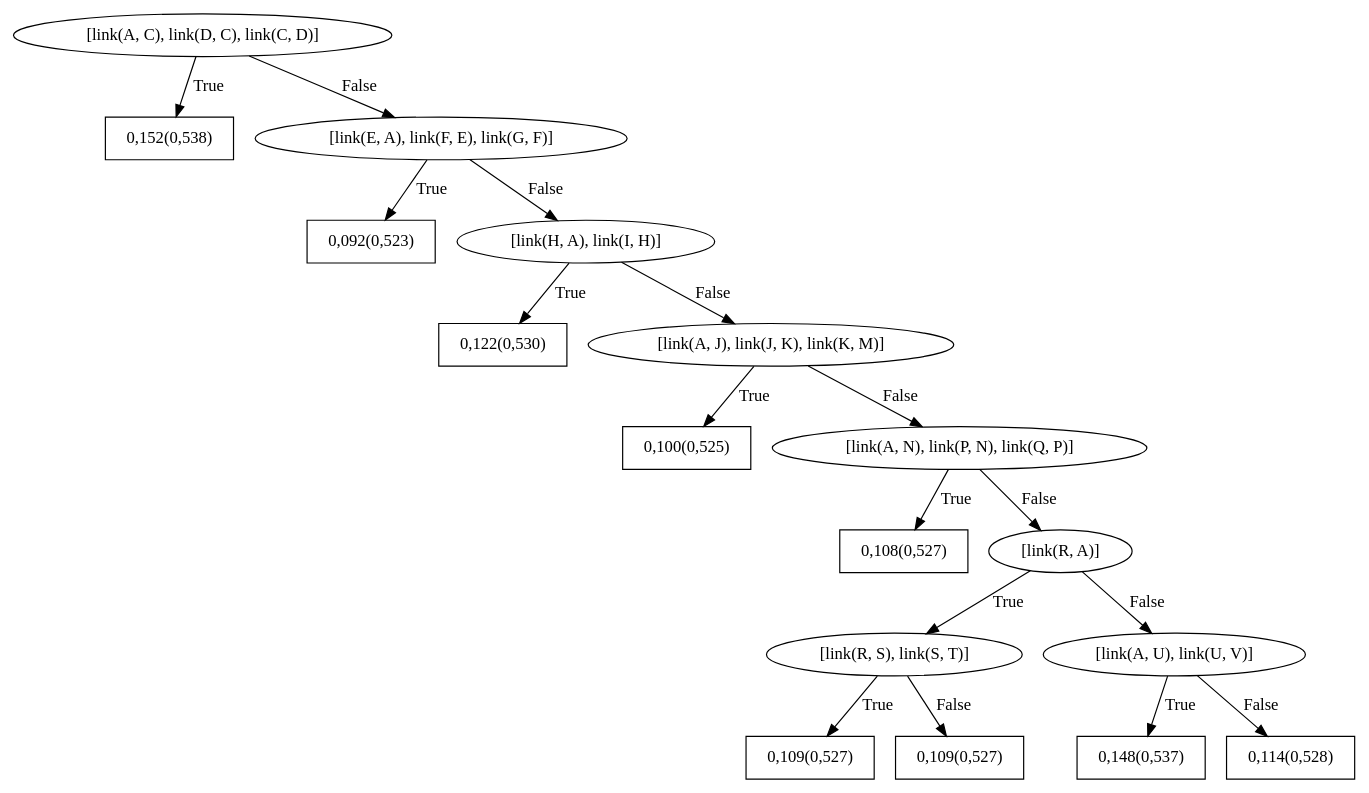
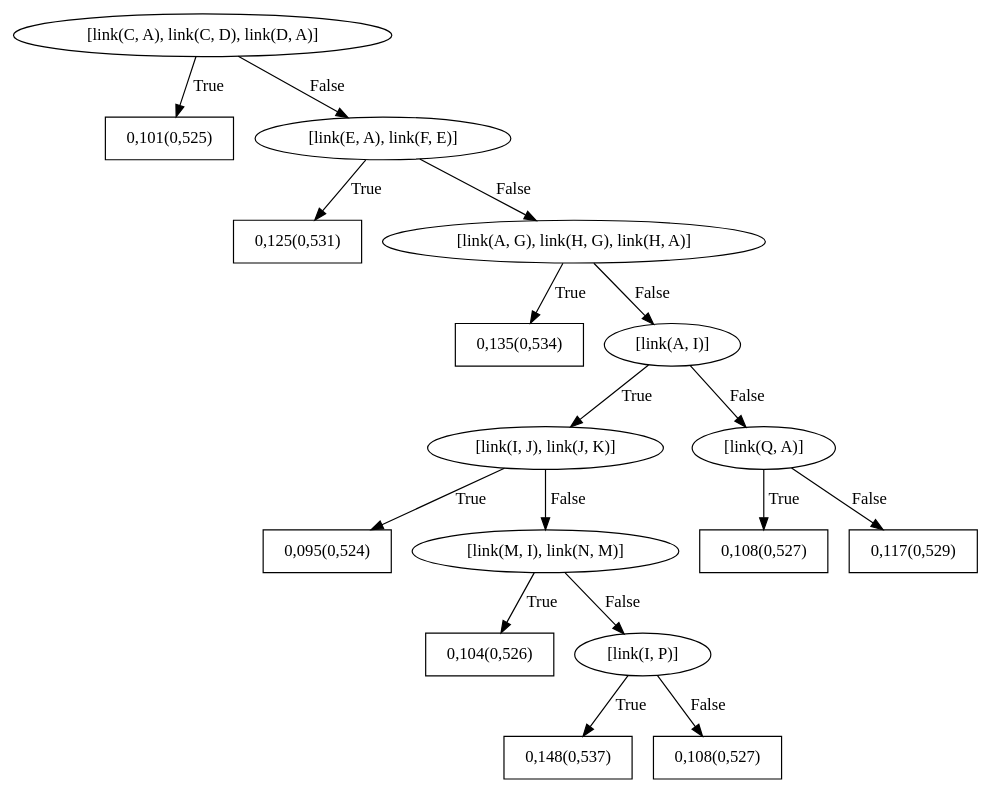
Before and after one commit to GabrielaPC/Trabalho-SRL: the diagram in SRLBoost/data/citeseer/train/models/bRDNs/dotFiles/WILLTreeFor_hasCat8.dot, drawn with Graphviz. The commit also changed 63 other files, not shown here.

```diff
--- a/SRLBoost/data/citeseer/train/models/bRDNs/dotFiles/WILLTreeFor_hasCat8.dot
+++ b/SRLBoost/data/citeseer/train/models/bRDNs/dotFiles/WILLTreeFor_hasCat8.dot
@@ -1,35 +1,35 @@
 digraph G{ 
-1[label = "[link(A, C), link(D, C), link(C, D)]"];
+1[label = "[link(C, A), link(C, D), link(D, A)]"];
 1 -> 2[label="True"];
 1 -> 3[label="False"];
-2[shape = box,label = "0,152(0,538)"];
-3[label = "[link(E, A), link(F, E), link(G, F)]"];
+2[shape = box,label = "0,101(0,525)"];
+3[label = "[link(E, A), link(F, E)]"];
 3 -> 4[label="True"];
 3 -> 5[label="False"];
-4[shape = box,label = "0,092(0,523)"];
-5[label = "[link(H, A), link(I, H)]"];
+4[shape = box,label = "0,125(0,531)"];
+5[label = "[link(A, G), link(H, G), link(H, A)]"];
 5 -> 6[label="True"];
 5 -> 7[label="False"];
-6[shape = box,label = "0,122(0,530)"];
-7[label = "[link(A, J), link(J, K), link(K, M)]"];
+6[shape = box,label = "0,135(0,534)"];
+7[label = "[link(A, I)]"];
 7 -> 8[label="True"];
 7 -> 9[label="False"];
-8[shape = box,label = "0,100(0,525)"];
-9[label = "[link(A, N), link(P, N), link(Q, P)]"];
-9 -> 10[label="True"];
-9 -> 11[label="False"];
-10[shape = box,label = "0,108(0,527)"];
-11[label = "[link(R, A)]"];
+8[label = "[link(I, J), link(J, K)]"];
+8 -> 10[label="True"];
+8 -> 11[label="False"];
+10[shape = box,label = "0,095(0,524)"];
+11[label = "[link(M, I), link(N, M)]"];
 11 -> 12[label="True"];
 11 -> 13[label="False"];
-12[label = "[link(R, S), link(S, T)]"];
-12 -> 14[label="True"];
-12 -> 15[label="False"];
-14[shape = box,label = "0,109(0,527)"];
-15[shape = box,label = "0,109(0,527)"];
-13[label = "[link(A, U), link(U, V)]"];
-13 -> 16[label="True"];
-13 -> 17[label="False"];
-16[shape = box,label = "0,148(0,537)"];
-17[shape = box,label = "0,114(0,528)"];
+12[shape = box,label = "0,104(0,526)"];
+13[label = "[link(I, P)]"];
+13 -> 14[label="True"];
+13 -> 15[label="False"];
+14[shape = box,label = "0,148(0,537)"];
+15[shape = box,label = "0,108(0,527)"];
+9[label = "[link(Q, A)]"];
+9 -> 16[label="True"];
+9 -> 17[label="False"];
+16[shape = box,label = "0,108(0,527)"];
+17[shape = box,label = "0,117(0,529)"];
 }
```
